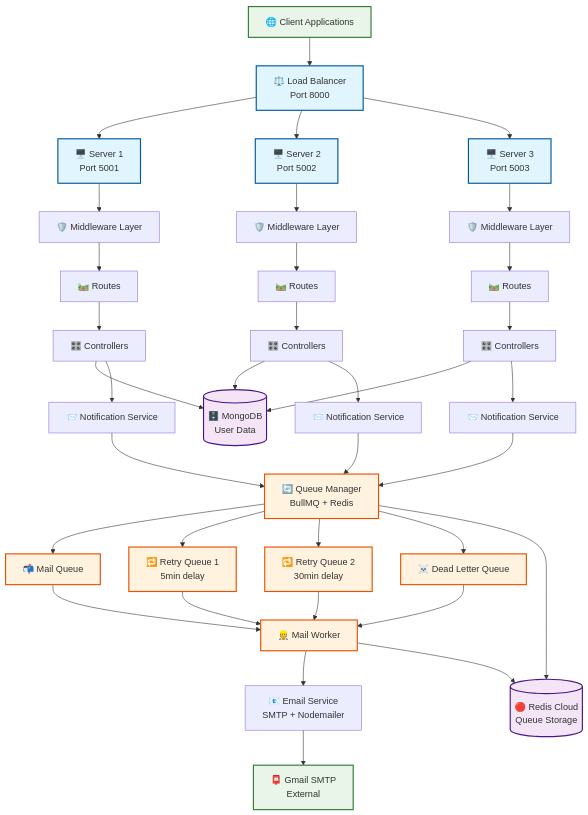
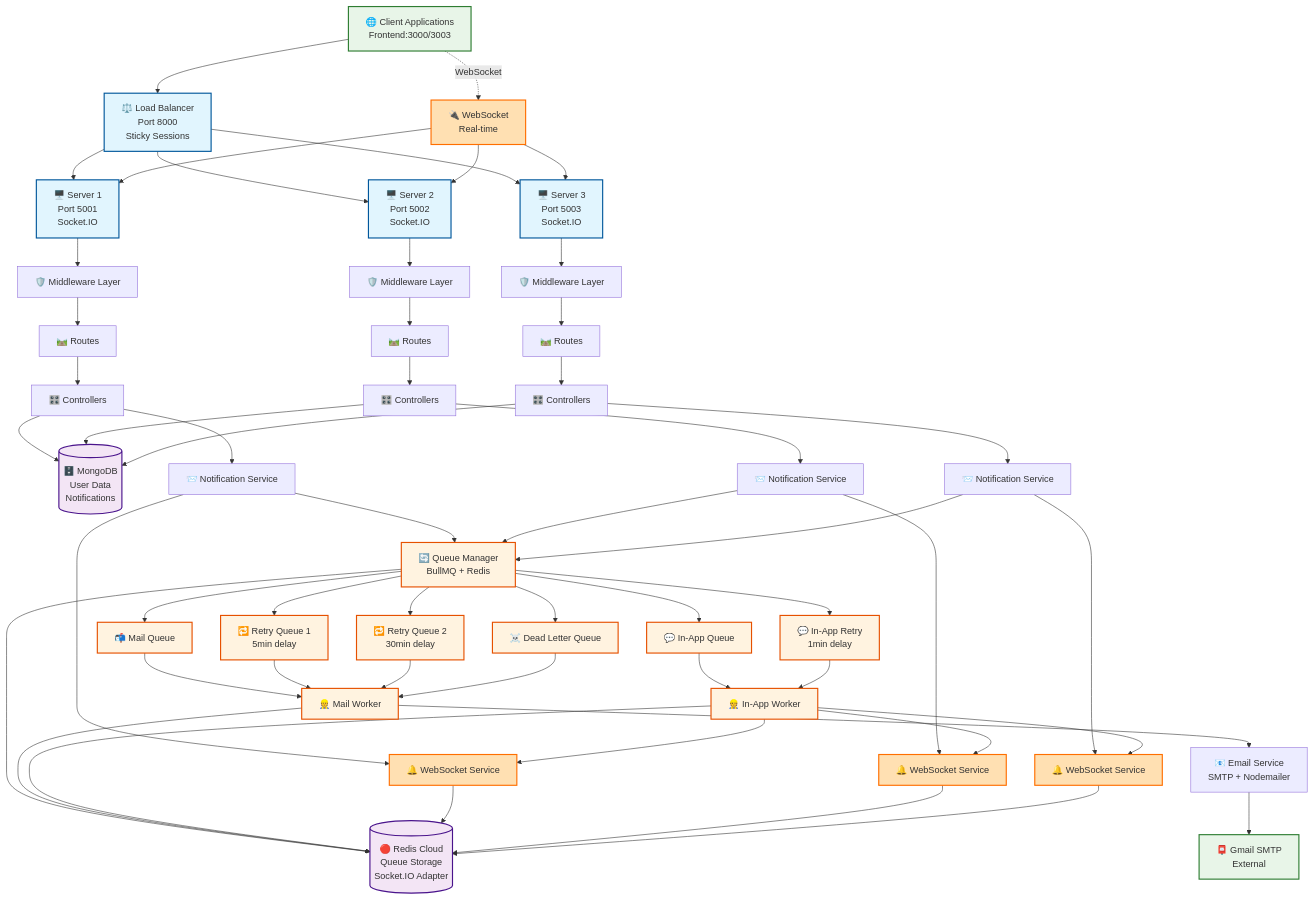
The diagram in backend/ARCHITECTURE.md (sramani-cf/notification_System), drawn with Mermaid before and after one commit. The commit also changed other lines of this file and 31 other files, not shown here.

Commit message:
live view page and add in app retry notification queue update

````diff
--- a/backend/ARCHITECTURE.md
+++ b/backend/ARCHITECTURE.md
@@ -78,12 +84,20 @@
 ```mermaid
 graph TB
     %% External Layer
-    Client[🌐 Client Applications] --> LB[⚖️ Load Balancer<br/>Port 8000]
+    Client[🌐 Client Applications<br/>Frontend:3000/3003] --> LB[⚖️ Load Balancer<br/>Port 8000<br/>Sticky Sessions]
+    
+    %% WebSocket Connection
+    Client -.->|WebSocket| WS[🔌 WebSocket<br/>Real-time]
     
     %% Load Balancer Distribution
-    LB --> S1[🖥️ Server 1<br/>Port 5001]
-    LB --> S2[🖥️ Server 2<br/>Port 5002] 
-    LB --> S3[🖥️ Server 3<br/>Port 5003]
+    LB --> S1[🖥️ Server 1<br/>Port 5001<br/>Socket.IO]
+    LB --> S2[🖥️ Server 2<br/>Port 5002<br/>Socket.IO] 
+    LB --> S3[🖥️ Server 3<br/>Port 5003<br/>Socket.IO]
+    
+    %% WebSocket connections
+    WS --> S1
+    WS --> S2
+    WS --> S3
     
     %% Server Components
     S1 --> MW1[🛡️ Middleware Layer]
@@ -99,7 +113,7 @@
     R3 --> C3[🎛️ Controllers]
     
     %% Data Layer
-    C1 --> MongoDB[(🗄️ MongoDB<br/>User Data)]
+    C1 --> MongoDB[(🗄️ MongoDB<br/>User Data<br/>Notifications)]
     C2 --> MongoDB
     C3 --> MongoDB
     
@@ -108,6 +122,11 @@
     C2 --> NS2[📨 Notification Service]
     C3 --> NS3[📨 Notification Service]
     
+    %% WebSocket Service
+    NS1 --> WSS1[🔔 WebSocket Service]
+    NS2 --> WSS2[🔔 WebSocket Service]
+    NS3 --> WSS3[🔔 WebSocket Service]
+    
     %% Queue System
     NS1 --> QM[🔄 Queue Manager<br/>BullMQ + Redis]
     NS2 --> QM
@@ -115,32 +134,47 @@
     
     %% Queue Processing
     QM --> MQ[📬 Mail Queue]
+    QM --> IAQ[💬 In-App Queue]
     QM --> RQ1[🔁 Retry Queue 1<br/>5min delay]
     QM --> RQ2[🔁 Retry Queue 2<br/>30min delay]
+    QM --> IARQ[💬 In-App Retry<br/>1min delay]
     QM --> DLQ[☠️ Dead Letter Queue]
     
     %% Workers
     MQ --> MW[👷 Mail Worker]
+    IAQ --> IAW[👷 In-App Worker]
+    IARQ --> IAW
     RQ1 --> MW
     RQ2 --> MW
     DLQ --> MW
+    
+    %% In-App Worker to WebSocket
+    IAW --> WSS1
+    IAW --> WSS2
+    IAW --> WSS3
     
     %% Email Service
     MW --> ES[📧 Email Service<br/>SMTP + Nodemailer]
     ES --> Gmail[📮 Gmail SMTP<br/>External]
     
-    %% Redis Connection
-    QM --> Redis[(🔴 Redis Cloud<br/>Queue Storage)]
+    %% Redis Connections
+    QM --> Redis[(🔴 Redis Cloud<br/>Queue Storage<br/>Socket.IO Adapter)]
     MW --> Redis
+    IAW --> Redis
+    WSS1 --> Redis
+    WSS2 --> Redis
+    WSS3 --> Redis
     
     %% Styling
     classDef server fill:#e1f5fe,stroke:#01579b,stroke-width:2px
     classDef database fill:#f3e5f5,stroke:#4a148c,stroke-width:2px
     classDef queue fill:#fff3e0,stroke:#e65100,stroke-width:2px
     classDef external fill:#e8f5e8,stroke:#2e7d32,stroke-width:2px
+    classDef websocket fill:#ffe0b2,stroke:#ff6f00,stroke-width:2px
     
     class S1,S2,S3,LB server
     class MongoDB,Redis database
-    class QM,MQ,RQ1,RQ2,DLQ,MW queue
+    class QM,MQ,IAQ,IARQ,RQ1,RQ2,DLQ,MW,IAW queue
     class Client,Gmail external
+    class WSS1,WSS2,WSS3,WS websocket
 ```
````
